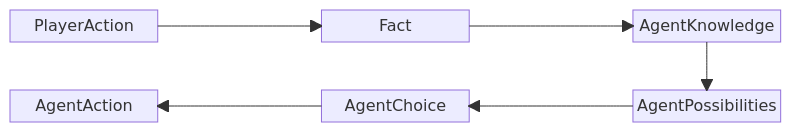
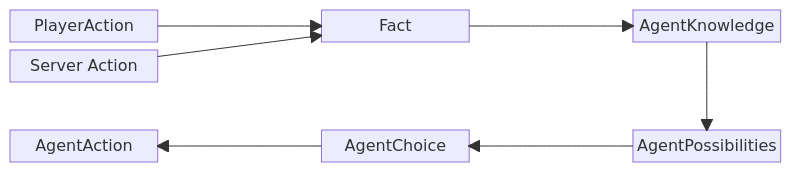
Before and after one commit to rchDev/game-of-points: the first of 5 diagrams in docs/agent-reasoning.md, drawn with Mermaid. The commit also changed other lines of this file, not shown here.

Commit message:
[docs]: update a diagram in agent-reasoning.md

````diff
--- a/docs/agent-reasoning.md
+++ b/docs/agent-reasoning.md
@@ -136,13 +136,15 @@
 ```mermaid
 block-beta
    columns 5
    A["PlayerAction"] space B["Fact"] space C["AgentKnowledge"]
+   I["Server Action"] space space space space
    space space space space space
    F["AgentAction"] space E["AgentChoice"] space D["AgentPossibilities"]
 
    A --> B
+   I --> B
    B --> C
    C --> D
    D --> E
    E --> F
 ```
````
